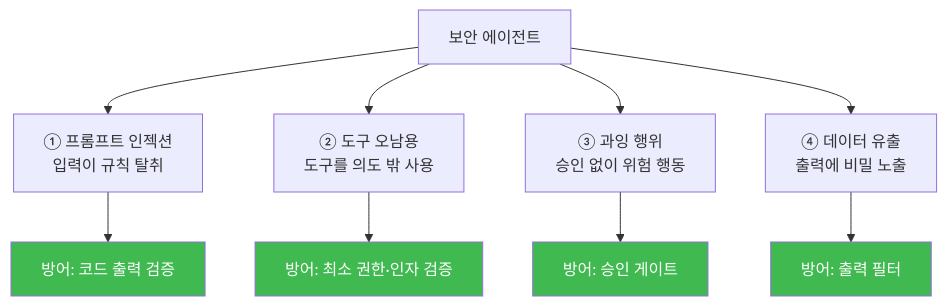
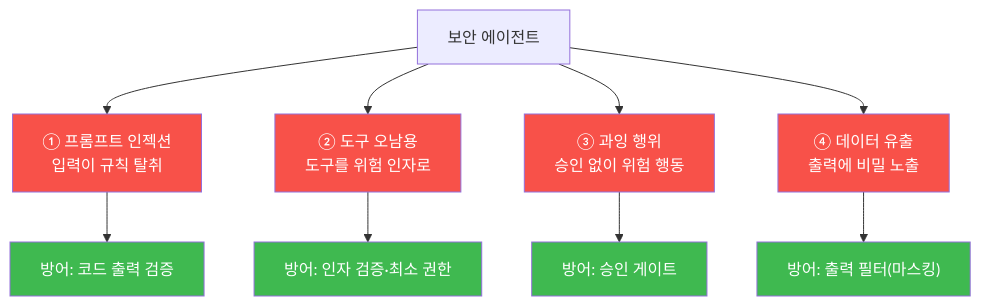
The first of 9 diagrams in contents/training/aisec/lecture_week09.md (mrgrit/tw2), drawn with Mermaid before and after one commit. The commit also changed other lines of this file and 304 other files, not shown here.

````diff
--- a/contents/training/aisec/lecture_week09.md
+++ b/contents/training/aisec/lecture_week09.md
@@ -51,15 +78,19 @@
 ```mermaid
 graph TD
     AG["보안 에이전트"] --> T1["① 프롬프트 인젝션<br/>입력이 규칙 탈취"]
-    AG --> T2["② 도구 오남용<br/>도구를 의도 밖 사용"]
+    AG --> T2["② 도구 오남용<br/>도구를 위험 인자로"]
     AG --> T3["③ 과잉 행위<br/>승인 없이 위험 행동"]
     AG --> T4["④ 데이터 유출<br/>출력에 비밀 노출"]
     T1 --> D1["방어: 코드 출력 검증"]
-    T2 --> D2["방어: 최소 권한·인자 검증"]
+    T2 --> D2["방어: 인자 검증·최소 권한"]
     T3 --> D3["방어: 승인 게이트"]
-    T4 --> D4["방어: 출력 필터"]
+    T4 --> D4["방어: 출력 필터(마스킹)"]
+    style T1 fill:#f85149,color:#fff
+    style T2 fill:#f85149,color:#fff
+    style T3 fill:#f85149,color:#fff
+    style T4 fill:#f85149,color:#fff
     style D1 fill:#3fb950,color:#fff
     style D2 fill:#3fb950,color:#fff
     style D3 fill:#3fb950,color:#fff
     style D4 fill:#3fb950,color:#fff
 ```
````
